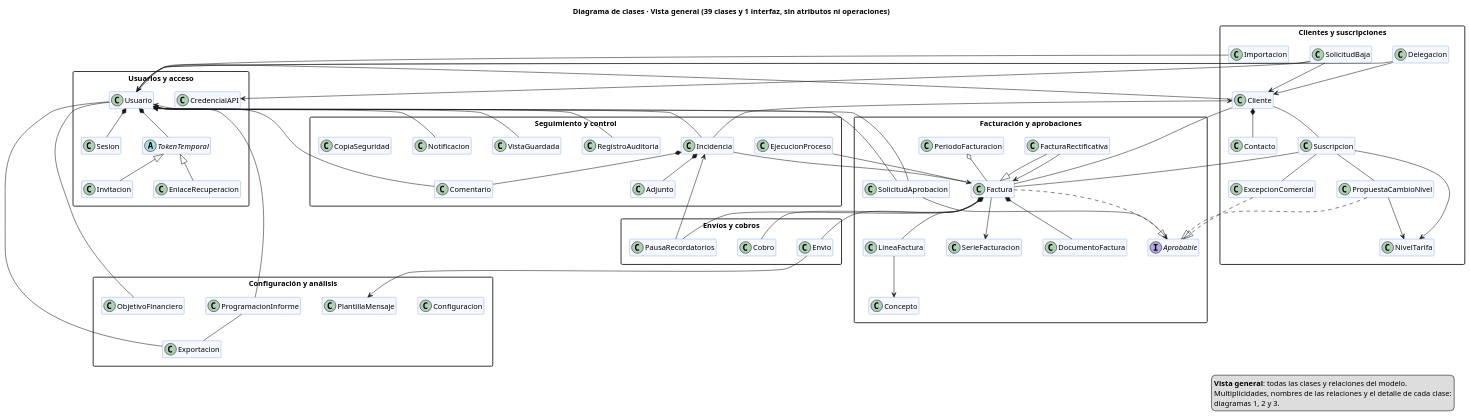
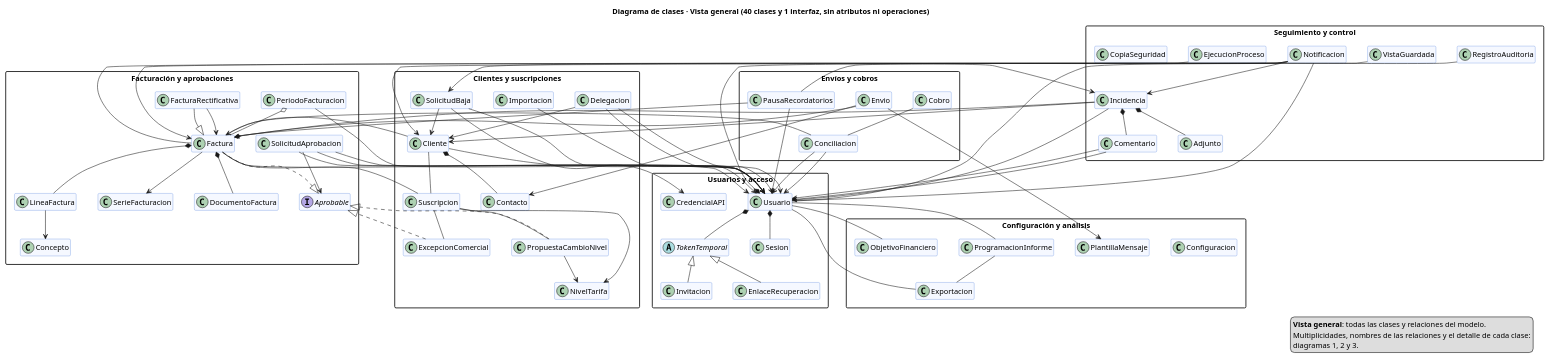
One commit to ItsYous3fBro/turbine_ADAP changed the diagram in docs/Finales/Diagrama Clases/Diagramas PUML Final/DiagramaClases_0_VistaGeneral.puml. Above: the diagram before and after it, drawn with PlantUML. The commit also changed 25 other files, not shown here.

Commit message:
Añadidas la version final de Diagramas ER, y fixed unos errores en los diagramas de clase

```diff
--- a/docs/Finales/Diagrama Clases/Diagramas PUML Final/DiagramaClases_0_VistaGeneral.puml
+++ b/docs/Finales/Diagrama Clases/Diagramas PUML Final/DiagramaClases_0_VistaGeneral.puml
@@ -1,129 +1,144 @@
 @startuml DiagramaClases_0_VistaGeneral
-title Diagrama de clases · Vista general (39 clases y 1 interfaz, sin atributos ni operaciones)
+title Diagrama de clases · Vista general (40 clases y 1 interfaz, sin atributos ni operaciones)
 skinparam shadowing false
 skinparam classAttributeIconSize 0
 skinparam packageStyle rectangle
 skinparam nodesep 40
 skinparam ranksep 50
 skinparam class {
   BackgroundColor #F5F8FF
   BorderColor #3B6FD8
   BackgroundColor<<ref>> #EDEDED
   BorderColor<<ref>> #9A9A9A
   FontColor<<ref>> #555555
 }
 hide empty members
 hide <<ref>> members
 hide <<ref>> stereotype
 hide <<ref>> circle
 
 hide members
 package "Usuarios y acceso" {
   class Usuario
   class Sesion
   abstract class TokenTemporal
   class Invitacion
   class EnlaceRecuperacion
   class CredencialAPI
 }
 package "Clientes y suscripciones" {
   class Cliente
   class Contacto
   class Delegacion
   class Suscripcion
   class NivelTarifa
   class ExcepcionComercial
   class PropuestaCambioNivel
   class SolicitudBaja
   class Importacion
 }
 package "Facturación y aprobaciones" {
   interface Aprobable
   class Factura
   class FacturaRectificativa
   class LineaFactura
   class Concepto
   class SerieFacturacion
   class DocumentoFactura
   class PeriodoFacturacion
   class SolicitudAprobacion
 }
 package "Envíos y cobros" {
   class Envio
   class Cobro
+  class Conciliacion
   class PausaRecordatorios
 }
 package "Seguimiento y control" {
   class Notificacion
   class Incidencia
   class Comentario
   class Adjunto
   class VistaGuardada
   class RegistroAuditoria
   class EjecucionProceso
   class CopiaSeguridad
 }
 package "Configuración y análisis" {
   class Configuracion
   class PlantillaMensaje
   class ObjetivoFinanciero
   class Exportacion
   class ProgramacionInforme
 }
 TokenTemporal <|-- Invitacion
 TokenTemporal <|-- EnlaceRecuperacion
 Usuario *-- TokenTemporal
 Usuario *-- Sesion
 Usuario -- Cliente
 Delegacion --> Cliente
+Delegacion --> Usuario
 Delegacion --> Usuario
 Cliente *-- Contacto
 Cliente -- Suscripcion
 Suscripcion --> NivelTarifa
 Suscripcion -- ExcepcionComercial
 Suscripcion -- PropuestaCambioNivel
 PropuestaCambioNivel --> NivelTarifa
 Usuario -- Importacion
 SolicitudBaja --> Cliente
 SolicitudBaja --> Usuario
 SolicitudBaja --> CredencialAPI
 Cliente -- Factura
 Suscripcion -- Factura
 Factura *-- LineaFactura
 LineaFactura --> Concepto
 FacturaRectificativa --|> Factura
 FacturaRectificativa --> Factura
 PeriodoFacturacion o-- Factura
 Factura --> SerieFacturacion
 Factura *-- DocumentoFactura
 EjecucionProceso -- Factura
 Factura ..|> Aprobable
 ExcepcionComercial ..|> Aprobable
 PropuestaCambioNivel ..|> Aprobable
 SolicitudAprobacion --> Aprobable
 SolicitudAprobacion --> Usuario
 SolicitudAprobacion --> Usuario
+SolicitudAprobacion --> Usuario
+Factura --> Usuario
+PeriodoFacturacion --> Usuario
+PausaRecordatorios --> Usuario
 Factura -- Envio
 Envio --> PlantillaMensaje
-Factura -- Cobro
+Cobro -- Conciliacion
+Conciliacion --> Factura
+Conciliacion --> Usuario
+Conciliacion --> Usuario
+Envio --> Contacto
 Factura *-- PausaRecordatorios
 PausaRecordatorios --> Incidencia
 Usuario -- Notificacion
+Notificacion --> Cliente
+Notificacion --> Factura
+Notificacion --> Incidencia
+Notificacion --> SolicitudBaja
 Incidencia --> Cliente
 Incidencia --> Factura
 Incidencia --> Usuario
 Incidencia *-- Comentario
 Incidencia *-- Adjunto
+Comentario --> Usuario
 Comentario --> Usuario
 Usuario *-- VistaGuardada
 Usuario -- RegistroAuditoria
 Usuario -- Exportacion
 Usuario -- ProgramacionInforme
 ProgramacionInforme -- Exportacion
 Usuario -- ObjetivoFinanciero
 legend right
   <b>Vista general</b>: todas las clases y relaciones del modelo.
   Multiplicidades, nombres de las relaciones y el detalle de cada clase:
   diagramas 1, 2 y 3.
 endlegend
 @enduml
```
